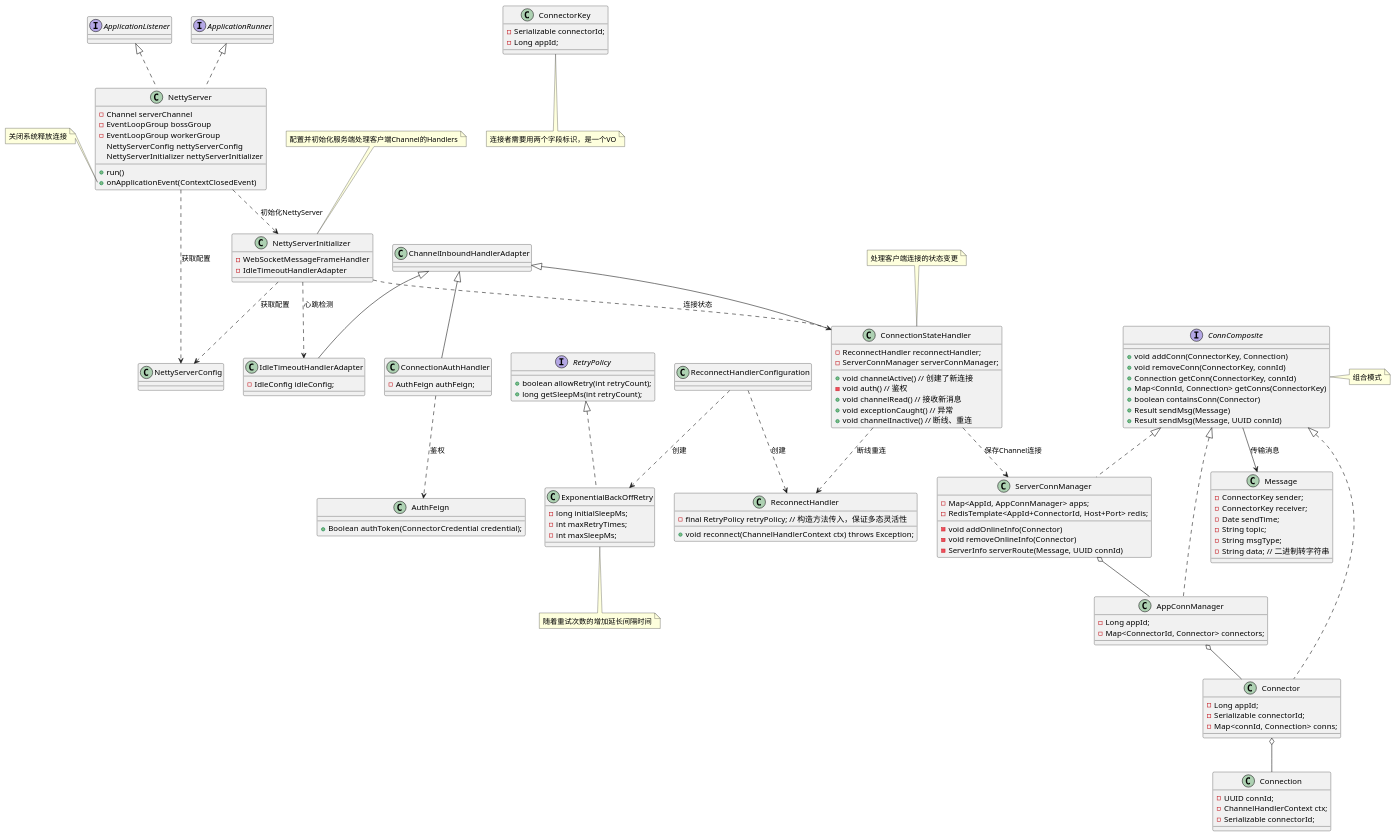
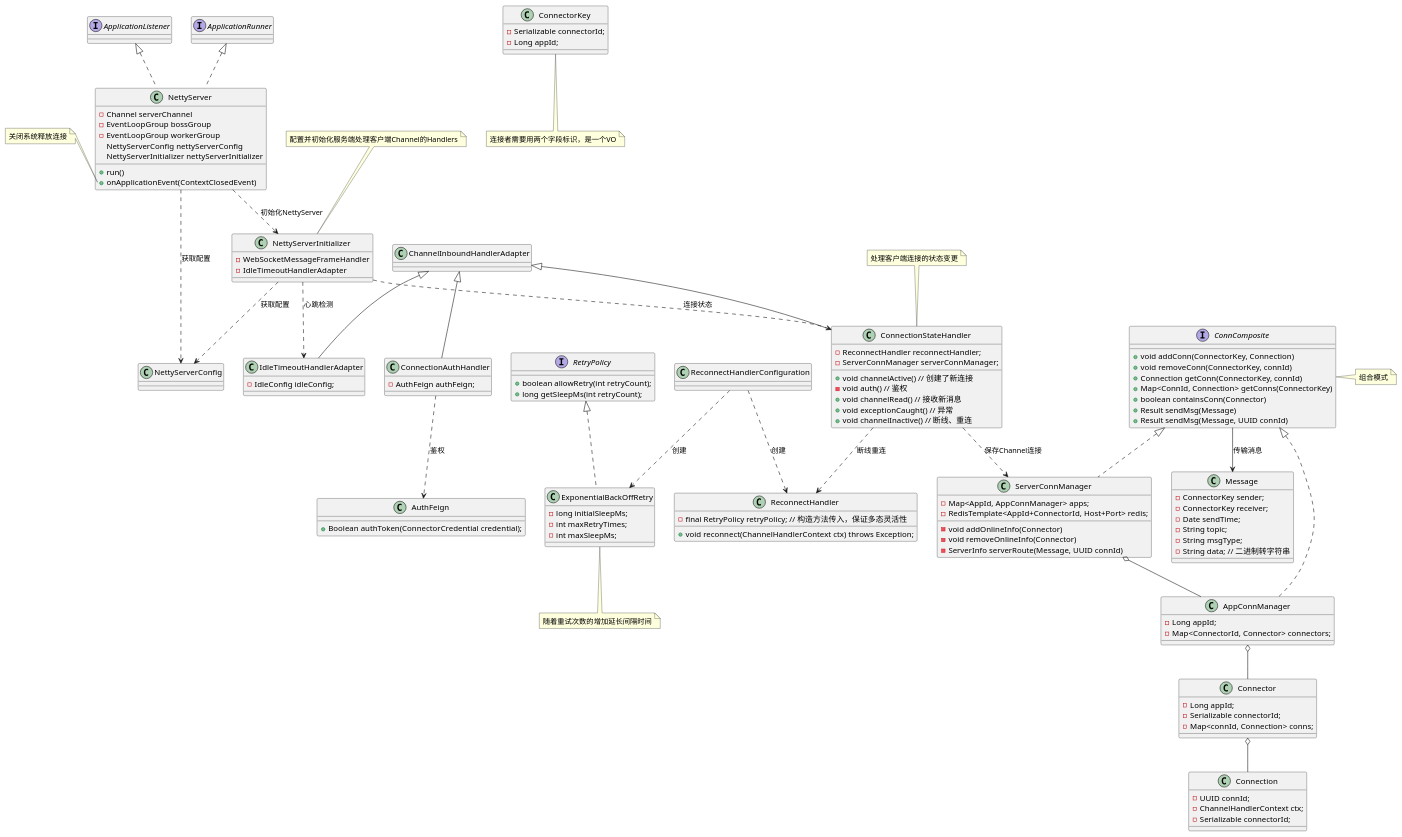
The diagram in uml/connect架构.puml (Etherealss/MessagePusher), drawn with PlantUML before and after one commit. The commit also changed 8 other files, not shown here.

```diff
--- a/uml/connect架构.puml
+++ b/uml/connect架构.puml
@@ -1,141 +1,141 @@
 @startuml
 'https://plantuml.com/class-diagram
 
 class ChannelInboundHandlerAdapter
 class NettyServerConfig
 class NettyServer implements ApplicationListener, ApplicationRunner {
     - Channel serverChannel
     - EventLoopGroup bossGroup
     - EventLoopGroup workerGroup
     NettyServerConfig nettyServerConfig
     NettyServerInitializer nettyServerInitializer
     + run()
     + onApplicationEvent(ContextClosedEvent)
 }
 note left of NettyServer::onApplicationEvent
 关闭系统释放连接
 end note
 
 class NettyServerInitializer {
     - WebSocketMessageFrameHandler
     - IdleTimeoutHandlerAdapter
 }
 note top of NettyServerInitializer: 配置并初始化服务端处理客户端Channel的Handlers
 
 class IdleTimeoutHandlerAdapter extends ChannelInboundHandlerAdapter {
     - IdleConfig idleConfig;
 }
 
 NettyServerInitializer ..> IdleTimeoutHandlerAdapter : 心跳检测
 
 class ConnectionStateHandler extends ChannelInboundHandlerAdapter {
     - ReconnectHandler reconnectHandler;
     - ServerConnManager serverConnManager;
     + void channelActive() // 创建了新连接
     - void auth() // 鉴权
     + void channelRead() // 接收新消息
     + void exceptionCaught() // 异常
     + void channelInactive() // 断线、重连
 }
 
 class ConnectionAuthHandler extends ChannelInboundHandlerAdapter {
     - AuthFeign authFeign;
 }
 
 class AuthFeign {
     + Boolean authToken(ConnectorCredential credential);
 }
 ConnectionAuthHandler ..> AuthFeign: 鉴权
 
 note top of ConnectionStateHandler: 处理客户端连接的状态变更
 
 interface RetryPolicy {
     + boolean allowRetry(int retryCount);
     + long getSleepMs(int retryCount);
 }
 
 class ExponentialBackOffRetry implements RetryPolicy {
     - long initialSleepMs;
     - int maxRetryTimes;
     - int maxSleepMs;
 }
 note bottom of ExponentialBackOffRetry
 随着重试次数的增加延长间隔时间
 end note
 
 class ReconnectHandler {
     - final RetryPolicy retryPolicy; // 构造方法传入，保证多态灵活性
     + void reconnect(ChannelHandlerContext ctx) throws Exception;
 }
 
 class ReconnectHandlerConfiguration {
 
 }
 ReconnectHandlerConfiguration ..> ExponentialBackOffRetry: 创建
 ReconnectHandlerConfiguration ..> ReconnectHandler: 创建
 
 ConnectionStateHandler ..> ReconnectHandler: 断线重连
 
 NettyServer ..> NettyServerInitializer : 初始化NettyServer
 NettyServer ..> NettyServerConfig: 获取配置
 NettyServerInitializer ..> NettyServerConfig: 获取配置
 NettyServerInitializer ..> ConnectionStateHandler: 连接状态
 
 class Message {
     - ConnectorKey sender;
     - ConnectorKey receiver;
     - Date sendTime;
     - String topic;
     - String msgType;
     - String data; // 二进制转字符串
 }
 class ConnectorKey {
     - Serializable connectorId;
     - Long appId;
 }
 note bottom of ConnectorKey: 连接者需要用两个字段标识，是一个VO
 
 interface ConnComposite {
     + void addConn(ConnectorKey, Connection)
     + void removeConn(ConnectorKey, connId)
     + Connection getConn(ConnectorKey, connId)
     + Map<ConnId, Connection> getConns(ConnectorKey)
     + boolean containsConn(Connector)
     + Result sendMsg(Message)
     + Result sendMsg(Message, UUID connId)
 }
 note right of ConnComposite : 组合模式
 
 ConnComposite --> Message : 传输消息
 
 class ServerConnManager implements ConnComposite {
     - Map<AppId, AppConnManager> apps;
     - RedisTemplate<AppId+ConnectorId, Host+Port> redis;
     - void addOnlineInfo(Connector)
     - void removeOnlineInfo(Connector)
     - ServerInfo serverRoute(Message, UUID connId)
 }
 
 class AppConnManager implements ConnComposite {
     - Long appId;
     - Map<ConnectorId, Connector> connectors;
 }
 
-class Connector implements ConnComposite {
+class Connector {
     - Long appId;
     - Serializable connectorId;
     - Map<connId, Connection> conns;
 }
 
 class Connection {
     - UUID connId;
     - ChannelHandlerContext ctx;
     - Serializable connectorId;
 }
 
 ConnectionStateHandler ..> ServerConnManager: 保存Channel连接
 ServerConnManager o-- AppConnManager
 AppConnManager o-- Connector
 Connector o-- Connection
 
 @enduml
```
